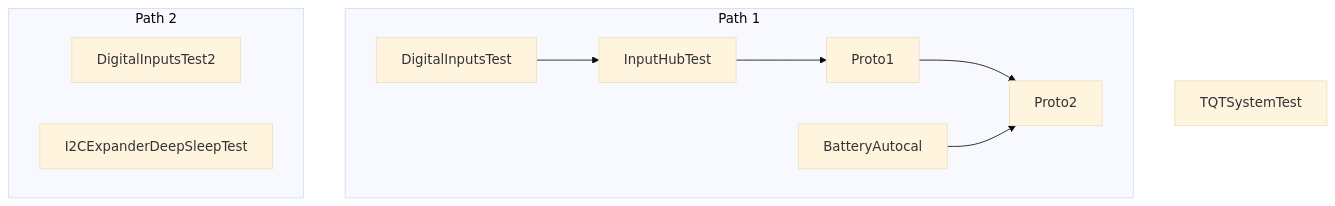
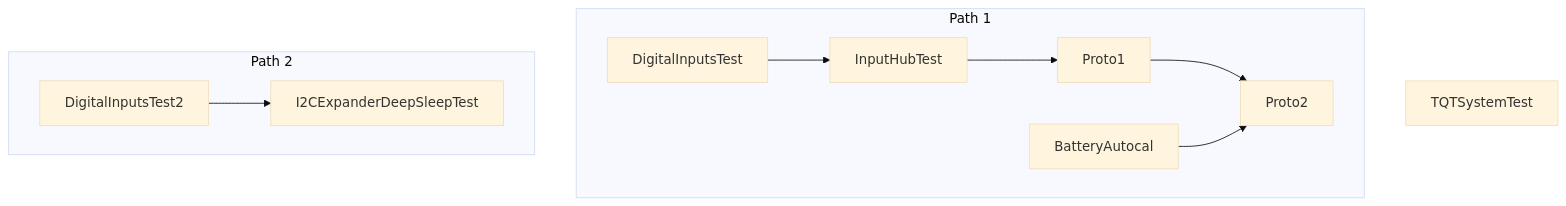
The diagram in src/QualityControls/IntegrationTests/README.md (afpineda/OpenSourceSimWheelESP32), drawn with Mermaid (base theme) before and after one commit. The commit also changed 2 other files, not shown here.

Commit message:
fix errata in some integration tests

````diff
--- a/src/QualityControls/IntegrationTests/README.md
+++ b/src/QualityControls/IntegrationTests/README.md
@@ -11,12 +11,11 @@
 ```mermaid
 flowchart TD
     subgraph Path 1
         DigitalInputsTest --> InputHubTest --> Proto1 --> Proto2
         BatteryAutocal --> Proto2
     end
     subgraph Path 2
-        DigitalInputsTest2
-        I2CExpanderDeepSleepTest
+        DigitalInputsTest2 --> I2CExpanderDeepSleepTest
     end
     TQTSystemTest
 ```
````
